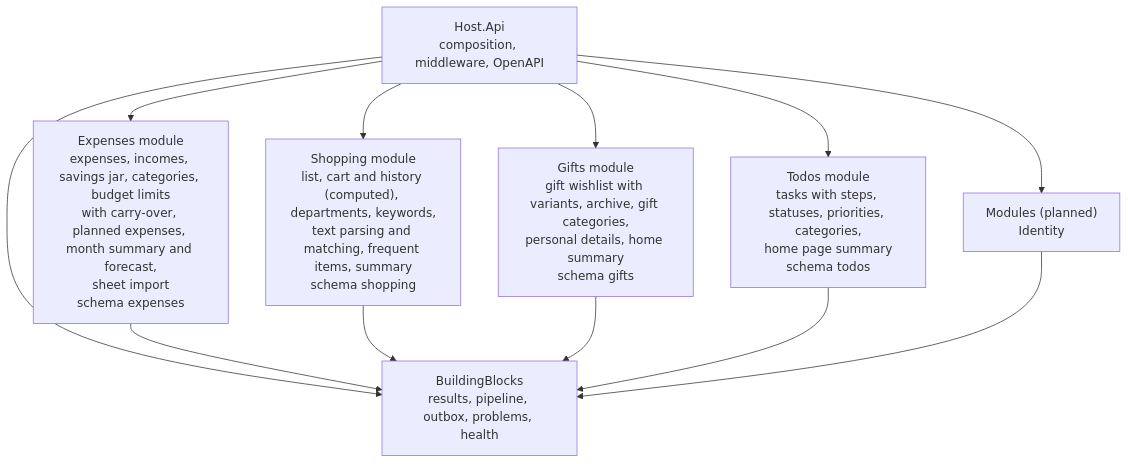
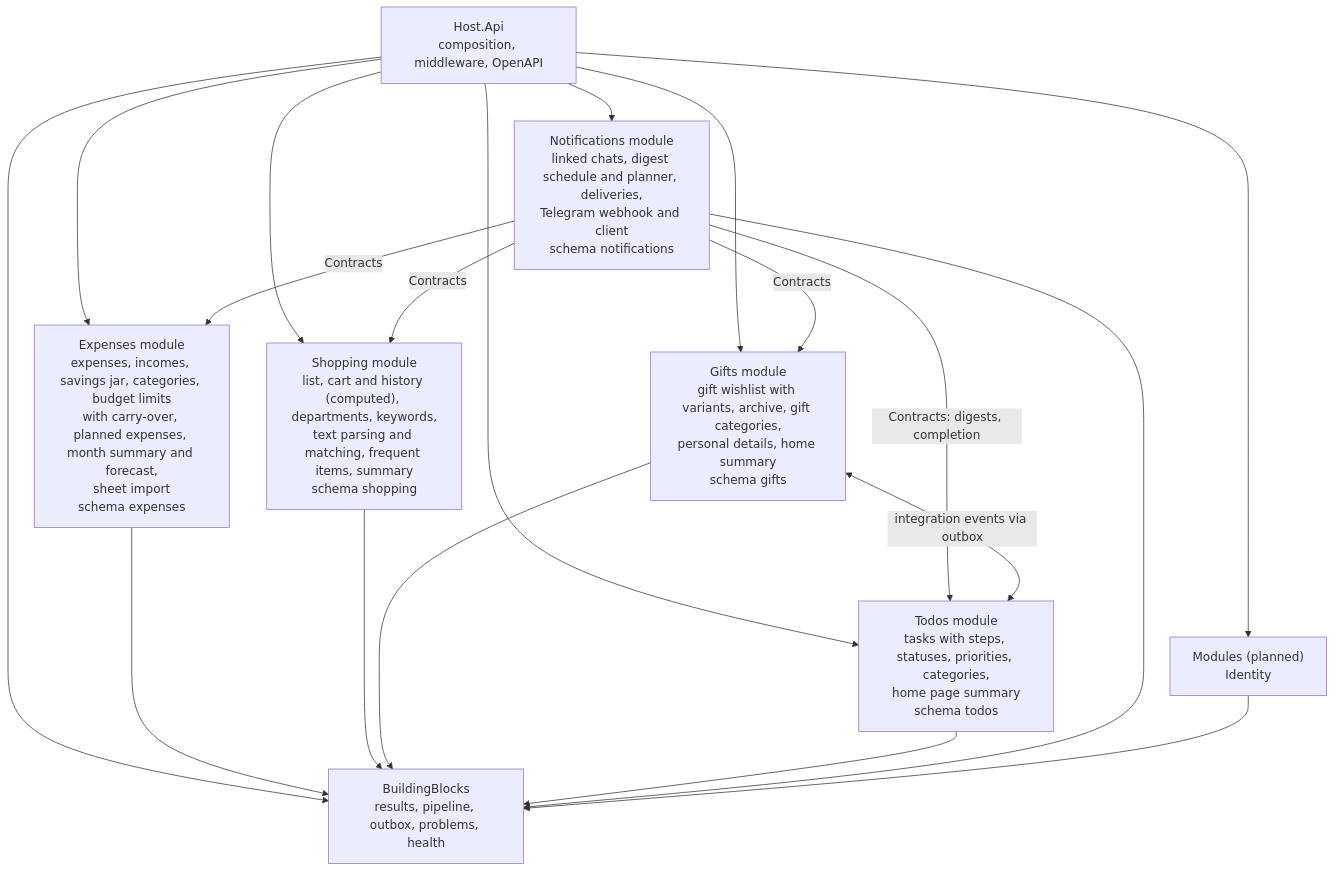
The third of 3 diagrams in api/docs/architecture/c4.md (Weretik/home-app), drawn with Mermaid before and after one commit. The commit also changed other lines of this file and 238 other files, not shown here.

First line of the commit message:
Notifications: one Telegram bot for digests and reminders; gift purchase plan becomes a to-do

````diff
--- a/api/docs/architecture/c4.md
+++ b/api/docs/architecture/c4.md
@@ -50,22 +56,30 @@
 ```mermaid
 flowchart TB
     host["Host.Api<br/>composition, middleware, OpenAPI"]
     blocks["BuildingBlocks<br/>results, pipeline, outbox, problems, health"]
     expenses["Expenses module<br/>expenses, incomes, savings jar, categories, budget limits<br/>with carry-over, planned expenses, month summary and forecast,<br/>sheet import<br/>schema expenses"]
     shopping["Shopping module<br/>list, cart and history (computed), departments, keywords,<br/>text parsing and matching, frequent items, summary<br/>schema shopping"]
     gifts["Gifts module<br/>gift wishlist with variants, archive, gift categories,<br/>personal details, home summary<br/>schema gifts"]
     todos["Todos module<br/>tasks with steps, statuses, priorities, categories,<br/>home page summary<br/>schema todos"]
+    notifications["Notifications module<br/>linked chats, digest schedule and planner, deliveries,<br/>Telegram webhook and client<br/>schema notifications"]
     planned["Modules (planned)<br/>Identity"]
 
     host --> blocks
     host --> expenses
     host --> shopping
     host --> gifts
     host --> todos
+    host --> notifications
     host --> planned
     expenses --> blocks
     shopping --> blocks
     gifts --> blocks
     todos --> blocks
+    notifications --> blocks
+    notifications -->|"Contracts: digests, completion"| todos
+    notifications -->|Contracts| gifts
+    notifications -->|Contracts| shopping
+    notifications -->|Contracts| expenses
+    gifts <-->|"integration events via outbox"| todos
     planned --> blocks
 ```
````
